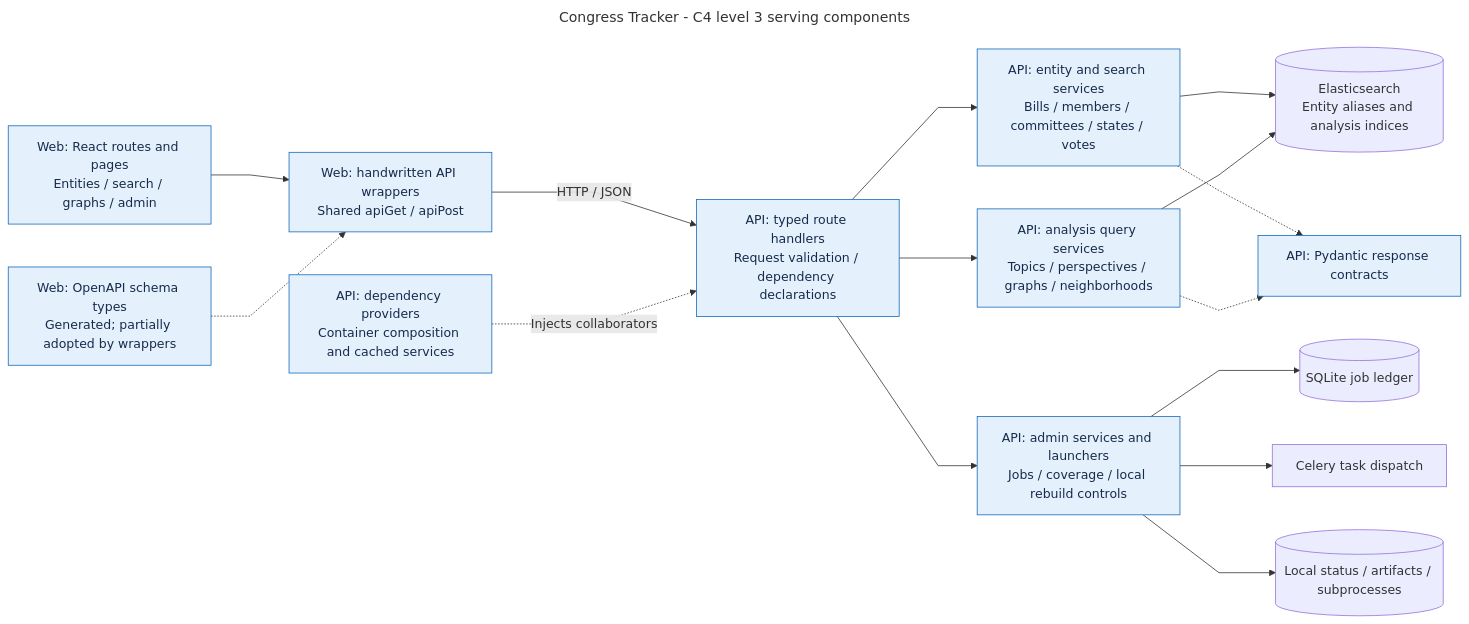
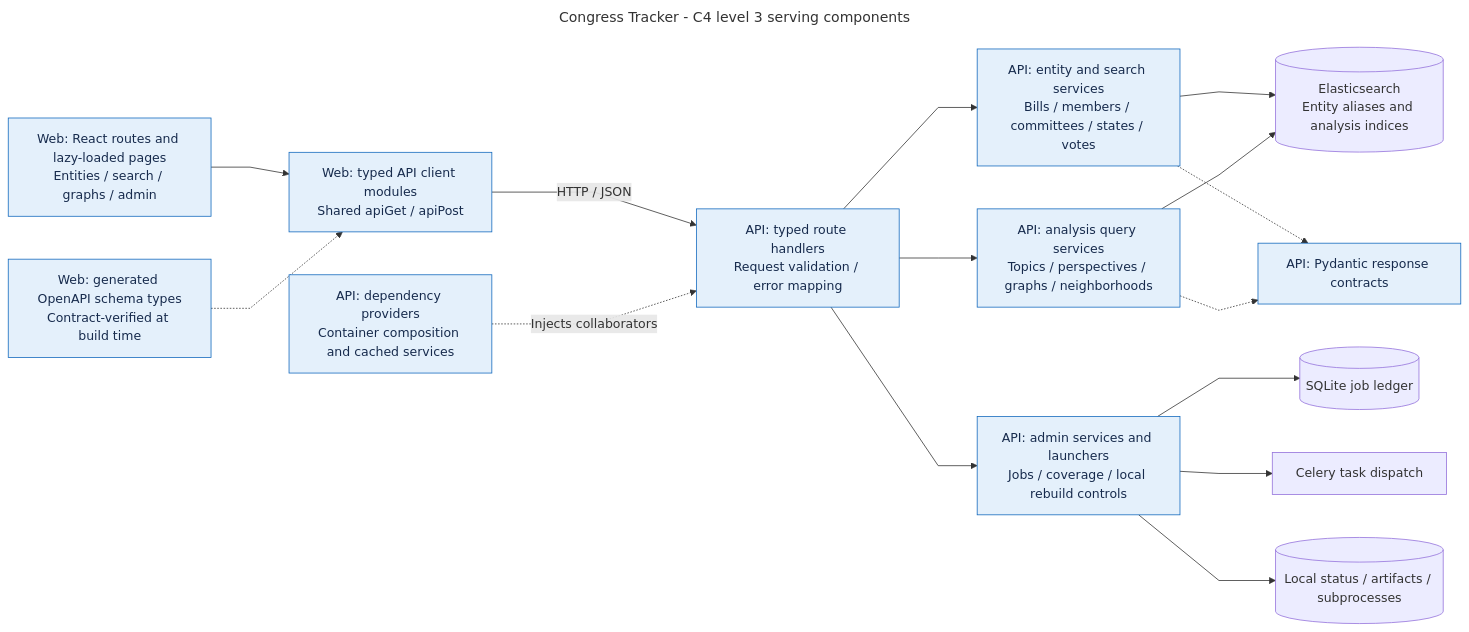
Before and after one commit to hbeychaner/usa-congress-monitor: the diagram in documentation/diagrams/backend-components.mmd, drawn with Mermaid. The commit also changed 55 other files, not shown here.

```diff
--- a/documentation/diagrams/backend-components.mmd
+++ b/documentation/diagrams/backend-components.mmd
@@ -1,40 +1,40 @@
 ---
 title: Congress Tracker - C4 level 3 serving components
 config:
   flowchart:
     curve: linear
     nodeSpacing: 55
     rankSpacing: 100
 ---
 flowchart LR
-    pages["Web: React routes and pages<br/>Entities / search / graphs / admin"]
-    wrappers["Web: handwritten API wrappers<br/>Shared apiGet / apiPost"]
-    types["Web: OpenAPI schema types<br/>Generated; partially adopted by wrappers"]
-    routes["API: typed route handlers<br/>Request validation / dependency declarations"]
+    pages["Web: React routes and lazy-loaded pages<br/>Entities / search / graphs / admin"]
+    wrappers["Web: typed API client modules<br/>Shared apiGet / apiPost"]
+    types["Web: generated OpenAPI schema types<br/>Contract-verified at build time"]
+    routes["API: typed route handlers<br/>Request validation / error mapping"]
     providers["API: dependency providers<br/>Container composition and cached services"]
     query["API: entity and search services<br/>Bills / members / committees / states / votes"]
     analysis["API: analysis query services<br/>Topics / perspectives / graphs / neighborhoods"]
     admin["API: admin services and launchers<br/>Jobs / coverage / local rebuild controls"]
     contracts["API: Pydantic response contracts"]
     es[("Elasticsearch<br/>Entity aliases and analysis indices")]
     jobs[("SQLite job ledger")]
     tasks["Celery task dispatch"]
     local[("Local status / artifacts / subprocesses")]
 
     pages --> wrappers
     types -.-> wrappers
     wrappers -->|"HTTP / JSON"| routes
     providers -.->|"Injects collaborators"| routes
     routes --> query
     routes --> analysis
     routes --> admin
     query --> es
     analysis --> es
     query -.-> contracts
     analysis -.-> contracts
     admin --> jobs
     admin --> tasks
     admin --> local
 
     classDef component fill:#e4f0fb,stroke:#1168bd,color:#172b4d
     class pages,wrappers,types,routes,providers,query,analysis,admin,contracts component
```
